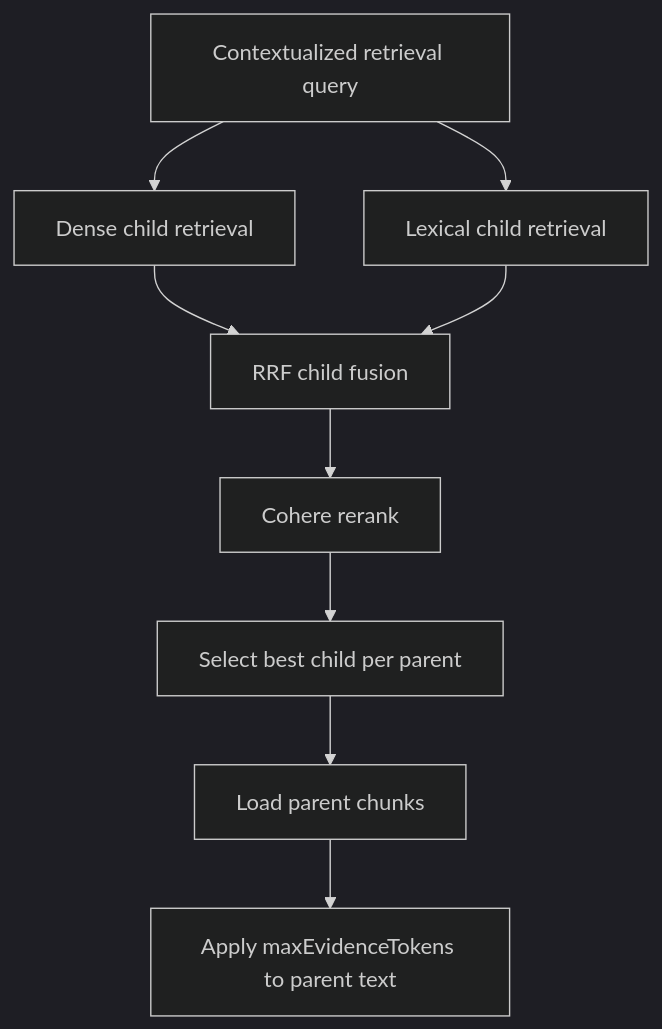
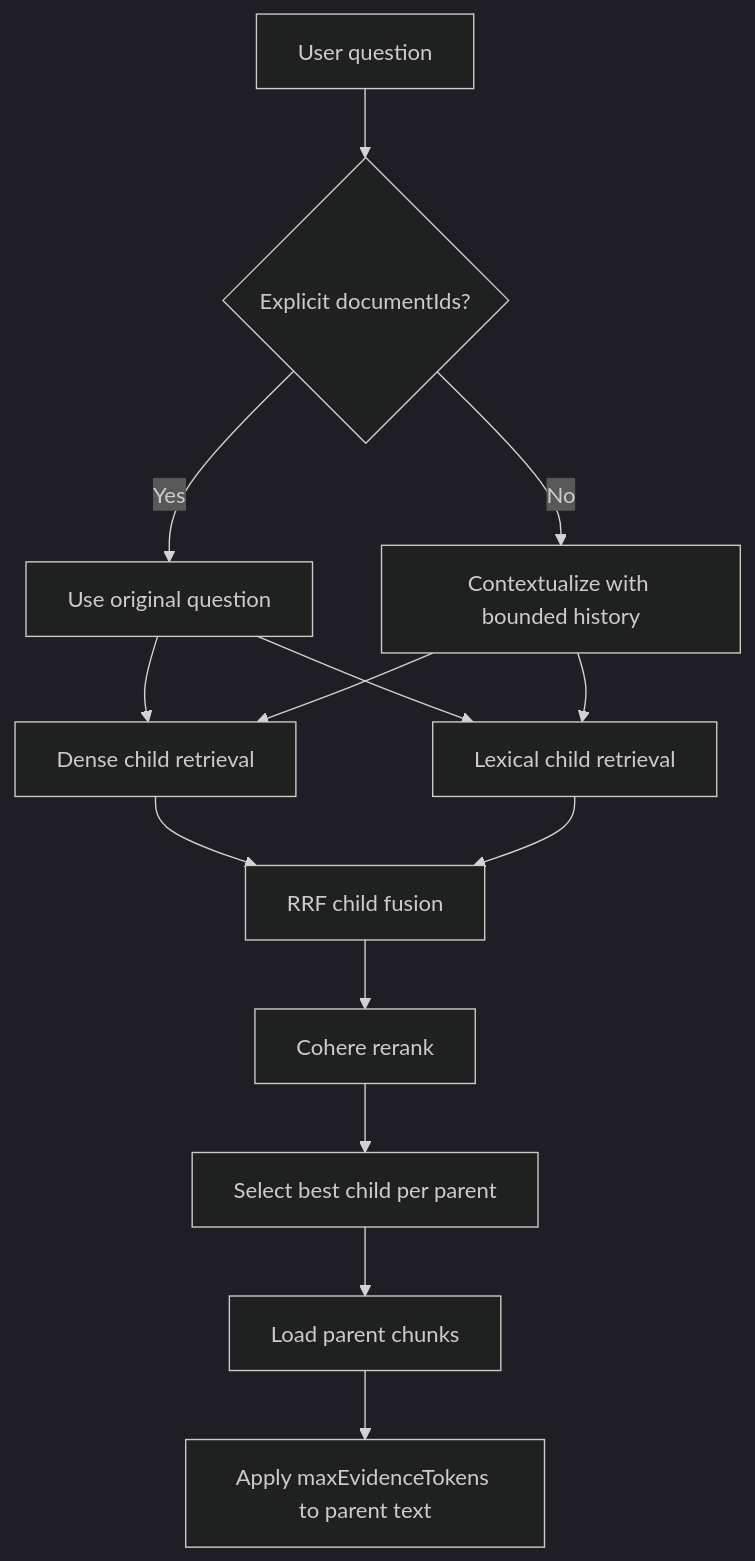
The diagram in docs/architecture/rag/retrieval-ranking.md (artsnil01-cmyk/DocChat), drawn with Mermaid (dark theme) before and after one commit. The commit also changed other lines of this file and 6 other files, not shown here.

````diff
--- a/docs/architecture/rag/retrieval-ranking.md
+++ b/docs/architecture/rag/retrieval-ranking.md
@@ -22,11 +22,16 @@
 ```mermaid
 flowchart TD
-  A["Contextualized retrieval query"] --> B["Dense child retrieval"]
-  A --> C["Lexical child retrieval"]
+  A["User question"] --> A1{"Explicit documentIds?"}
+  A1 -->|Yes| A2["Use original question"]
+  A1 -->|No| A3["Contextualize with bounded history"]
+  A2 --> B["Dense child retrieval"]
+  A2 --> C["Lexical child retrieval"]
+  A3 --> B
+  A3 --> C
   B --> D["RRF child fusion"]
   C --> D
   D --> E["Cohere rerank"]
   E --> F["Select best child per parent"]
   F --> G["Load parent chunks"]
   G --> H["Apply maxEvidenceTokens to parent text"]
 ```
````
